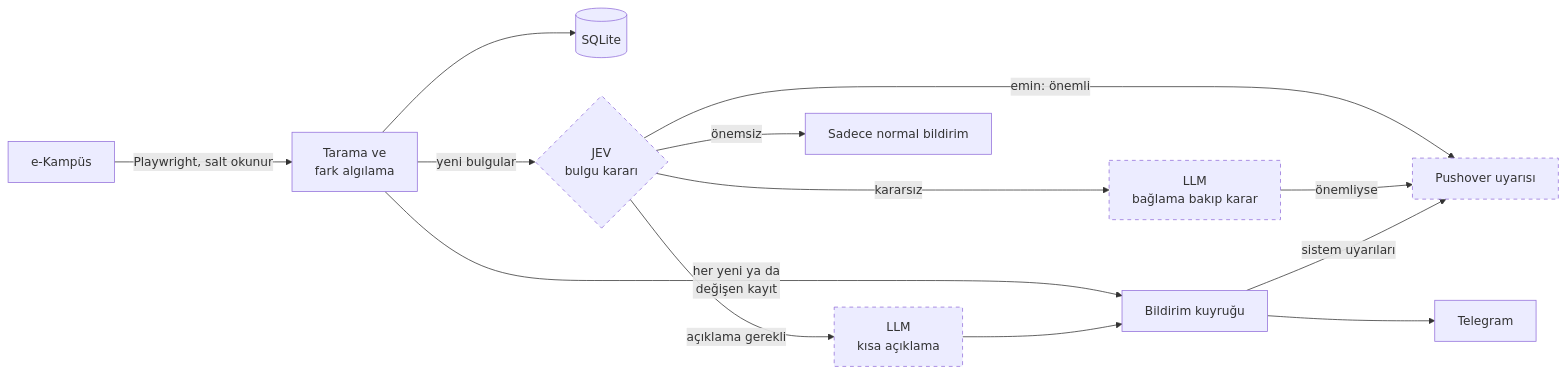
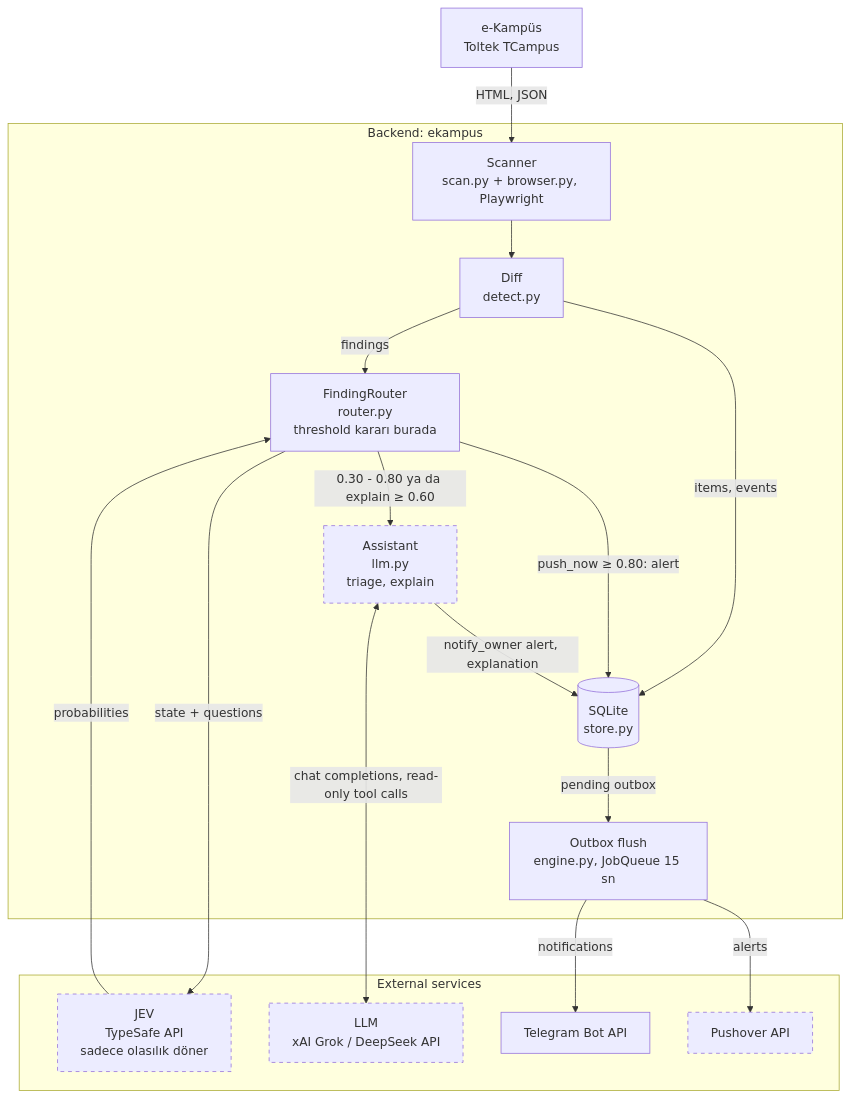
One commit to EmirKurt09/adhd_products changed the first of 2 diagrams in README.md. Above: the diagram before and after it, drawn with Mermaid. The commit also changed other lines of this file, not shown here.

````diff
--- a/README.md
+++ b/README.md
@@ -42,18 +57,37 @@
 ```mermaid
-flowchart LR
-    S[e-Kampüs] -->|Playwright, salt okunur| T[Tarama ve<br/>fark algılama]
-    T --> DB[(SQLite)]
-    T -->|her yeni ya da<br/>değişen kayıt| Q[Bildirim kuyruğu]
-    Q --> TG[Telegram]
-    T -->|yeni bulgular| JB{"JEV<br/>bulgu kararı"}
-    JB -->|emin: önemli| PO[Pushover uyarısı]
-    JB -->|kararsız| AT["LLM<br/>bağlama bakıp karar"]
-    JB -->|açıklama gerekli| AE["LLM<br/>kısa açıklama"]
-    JB -->|önemsiz| N[Sadece normal bildirim]
-    AT -->|önemliyse| PO
-    AE --> Q
-    Q -->|sistem uyarıları| PO
+flowchart TB
+    EK["e-Kampüs<br/>Toltek TCampus"]
+
+    subgraph backend["Backend: ekampus"]
+        SC["Scanner<br/>scan.py + browser.py, Playwright"]
+        DF["Diff<br/>detect.py"]
+        DB[("SQLite<br/>store.py")]
+        FR["FindingRouter<br/>router.py<br/>threshold kararı burada"]
+        AS["Assistant<br/>llm.py<br/>triage, explain"]
+        OB["Outbox flush<br/>engine.py, JobQueue 15 sn"]
+    end
+
+    subgraph external["External services"]
+        JEV["JEV<br/>TypeSafe API<br/>sadece olasılık döner"]
+        LLM["LLM<br/>xAI Grok / DeepSeek API"]
+        TG["Telegram Bot API"]
+        PO["Pushover API"]
+    end
+
+    EK -->|HTML, JSON| SC
+    SC --> DF
+    DF -->|items, events| DB
+    DF -->|findings| FR
+    FR -->|state + questions| JEV
+    JEV -->|probabilities| FR
+    FR -->|"push_now ≥ 0.80: alert"| DB
+    FR -->|"0.30 - 0.80 ya da explain ≥ 0.60"| AS
+    AS <-->|chat completions, read-only tool calls| LLM
+    AS -->|notify_owner alert, explanation| DB
+    DB -->|pending outbox| OB
+    OB -->|notifications| TG
+    OB -->|alerts| PO
 
     classDef optional stroke-dasharray: 5 5
-    class JB,AT,AE,PO optional
+    class JEV,LLM,PO,AS optional
 ```
````
